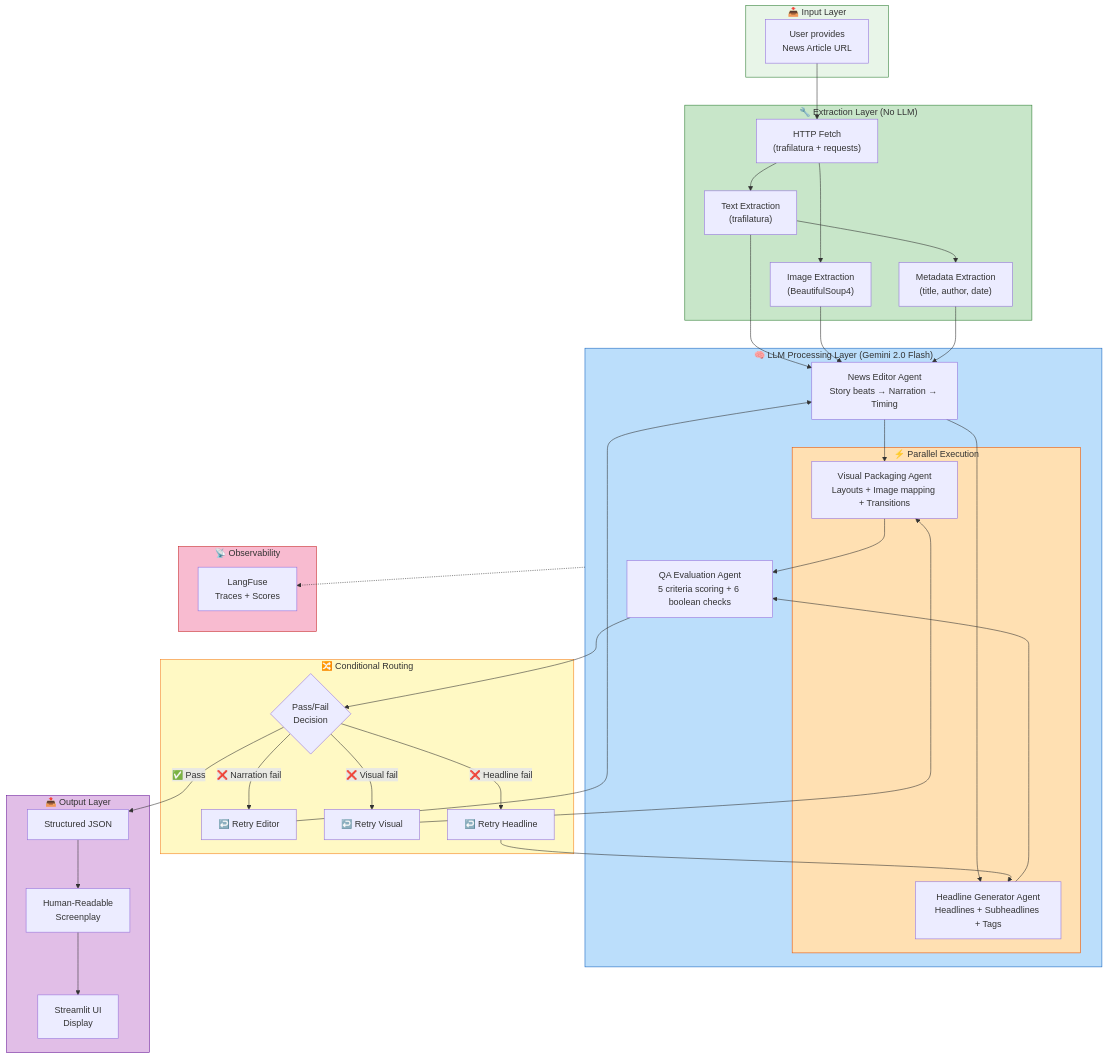
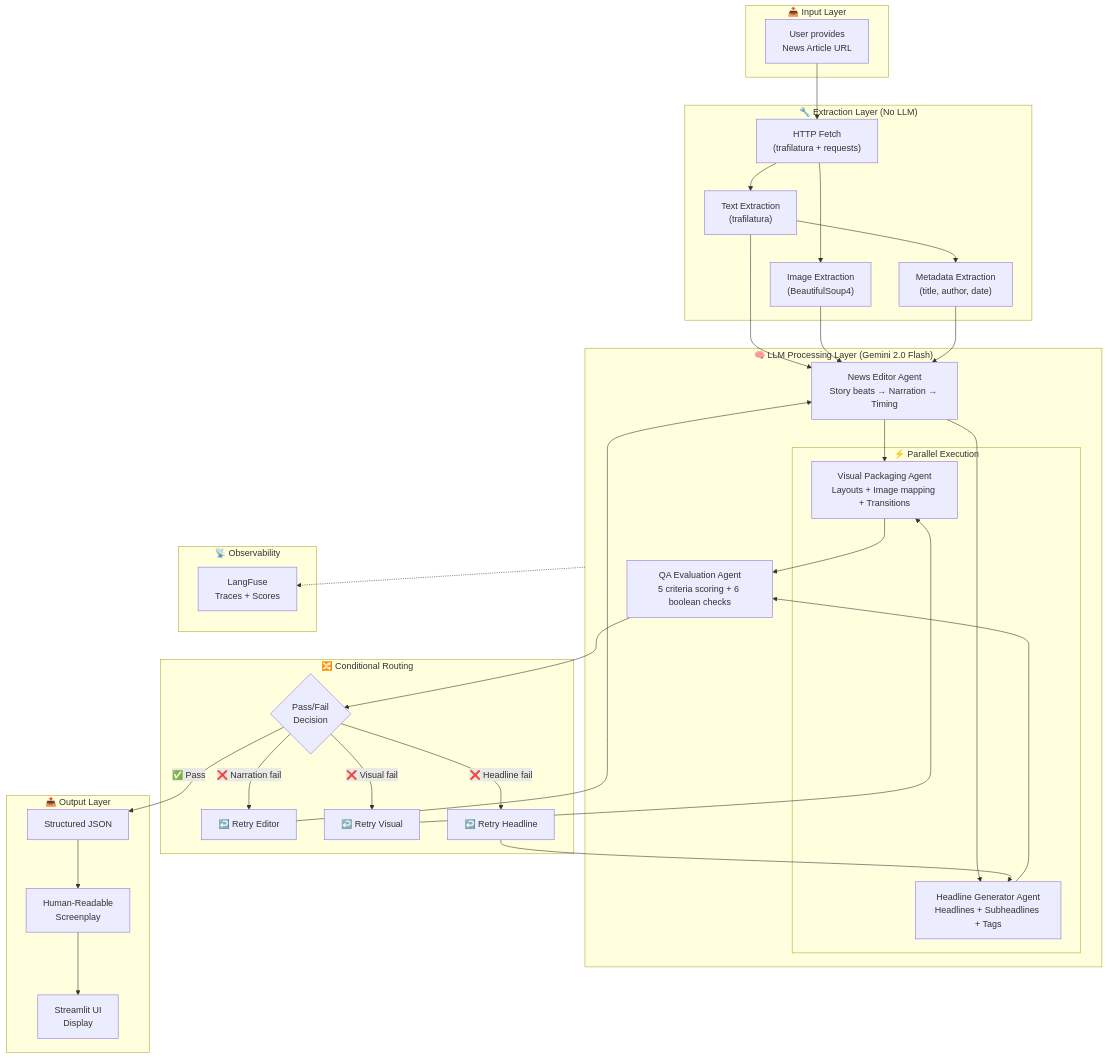
One commit to rohanjain1648/LOQO-AI changed the second of 12 diagrams in README.md. Above: the diagram before and after it, drawn with Mermaid. The commit also changed other lines of this file, not shown here.

````diff
--- a/README.md
+++ b/README.md
@@ -104,78 +98,72 @@
 ```mermaid
 graph TD
     subgraph INPUT["📥 Input Layer"]
         URL["User provides<br/>News Article URL"]
     end
 
     subgraph EXTRACTION["🔧 Extraction Layer (No LLM)"]
         FETCH["HTTP Fetch<br/>(trafilatura + requests)"]
         PARSE["Text Extraction<br/>(trafilatura)"]
         IMGS["Image Extraction<br/>(BeautifulSoup4)"]
         META["Metadata Extraction<br/>(title, author, date)"]
     end
 
     subgraph LLM_LAYER["🧠 LLM Processing Layer (Gemini 2.0 Flash)"]
         EDITOR["News Editor Agent<br/>Story beats → Narration → Timing"]
         
         subgraph PARALLEL["⚡ Parallel Execution"]
             VISUAL["Visual Packaging Agent<br/>Layouts + Image mapping + Transitions"]
             HEADLINE["Headline Generator Agent<br/>Headlines + Subheadlines + Tags"]
         end
         
         QA["QA Evaluation Agent<br/>5 criteria scoring + 6 boolean checks"]
     end
 
     subgraph ROUTING["🔀 Conditional Routing"]
         ROUTER{"Pass/Fail<br/>Decision"}
         RETRY_E["↩️ Retry Editor"]
         RETRY_V["↩️ Retry Visual"]
         RETRY_H["↩️ Retry Headline"]
     end
 
     subgraph OUTPUT["📤 Output Layer"]
         JSON["Structured JSON"]
         SCREEN["Human-Readable<br/>Screenplay"]
         STREAM["Streamlit UI<br/>Display"]
     end
 
     subgraph OBSERVE["📡 Observability"]
         LANGFUSE["LangFuse<br/>Traces + Scores"]
     end
 
     URL --> FETCH
     FETCH --> PARSE
     FETCH --> IMGS
     PARSE --> META
     
     PARSE --> EDITOR
     IMGS --> EDITOR
     META --> EDITOR
     
     EDITOR --> VISUAL
     EDITOR --> HEADLINE
     
     VISUAL --> QA
     HEADLINE --> QA
     
     QA --> ROUTER
     ROUTER -->|"✅ Pass"| JSON
     ROUTER -->|"❌ Narration fail"| RETRY_E
     ROUTER -->|"❌ Visual fail"| RETRY_V
     ROUTER -->|"❌ Headline fail"| RETRY_H
     RETRY_E --> EDITOR
     RETRY_V --> VISUAL
     RETRY_H --> HEADLINE
     
     JSON --> SCREEN
     SCREEN --> STREAM
 
     LLM_LAYER -.-> LANGFUSE
     
-    style INPUT fill:#e8f5e8,stroke:#2e7d32
-    style EXTRACTION fill:#c8e6c9,stroke:#2e7d32
-    style LLM_LAYER fill:#bbdefb,stroke:#1565c0
-    style PARALLEL fill:#ffe0b2,stroke:#e65100
-    style ROUTING fill:#fff9c4,stroke:#f57f17
-    style OUTPUT fill:#e1bee7,stroke:#6a1b9a
-    style OBSERVE fill:#f8bbd0,stroke:#c62828
+
 ```
````
